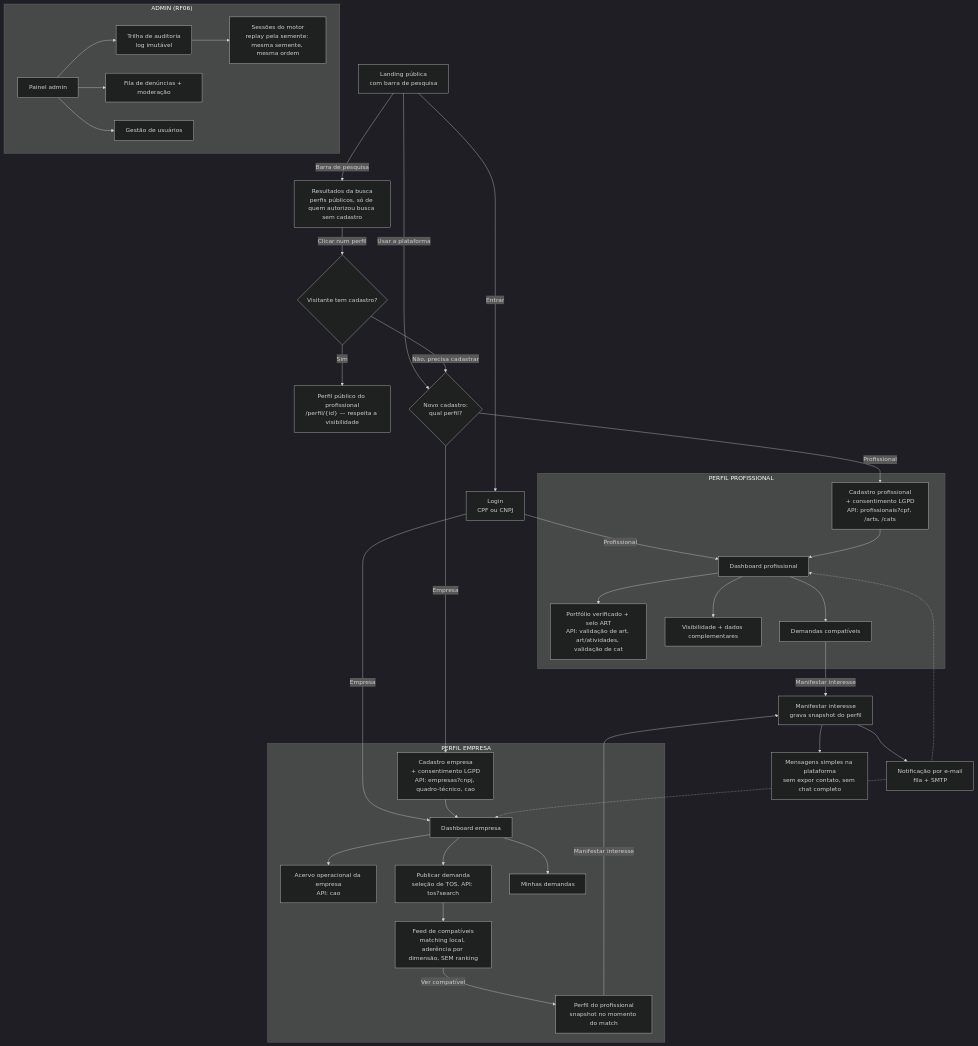
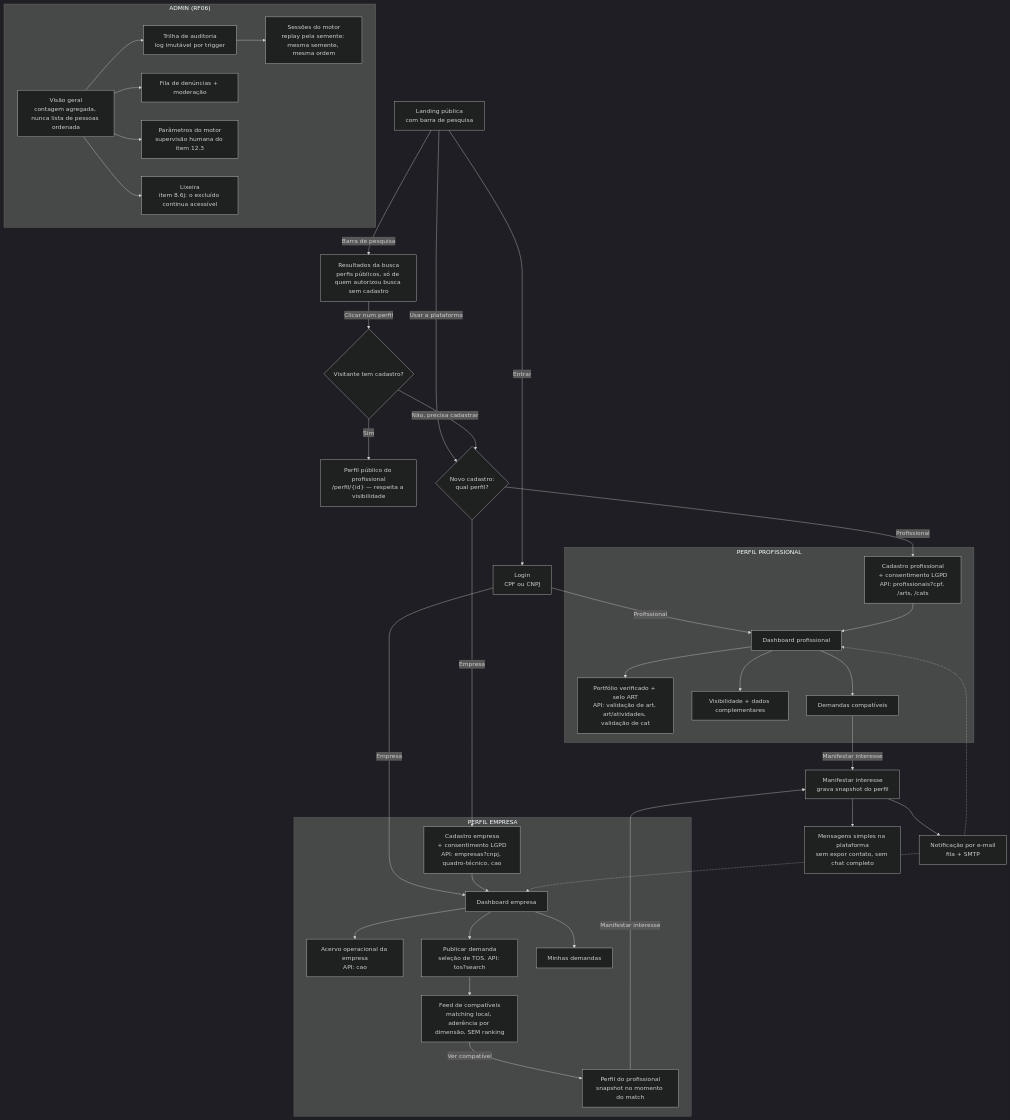
The diagram in docs/fluxos.md (gabrielcortezspr/Pro-link-4951), drawn with Mermaid (dark theme) before and after one commit. The commit also changed other lines of this file, not shown here.

Commit message:
O diagrama de fluxos passa a mostrar o painel que existe
Faltavam as duas telas novas, parâmetros e lixeira, e sobrava uma que nunca foi
construída: "Gestão de usuários". Diagrama que promete tela inexistente é pior do
que diagrama incompleto, porque quem lê planeja em cima dele.

O que a administração faz com uma conta acontece pela fila de denúncias e pela
lixeira, e isso agora está escrito embaixo dos seis cenários.

Claude-Session: https://claude.ai/code/session_012yExspuwSmu5YqupnUGxhW

````diff
--- a/docs/fluxos.md
+++ b/docs/fluxos.md
@@ -9,71 +9,73 @@
 ```mermaid
 flowchart TD
   LAND["Landing pública<br/>com barra de pesquisa"]
   RESULTS["Resultados da busca<br/>perfis públicos, só de quem autorizou busca sem cadastro"]
   GATEC{"Visitante tem cadastro?"}
   PERFC["Perfil público do profissional<br/>/perfil/{id} — respeita a visibilidade"]
   LOGIN["Login<br/>CPF ou CNPJ"]
   ESC{"Novo cadastro:<br/>qual perfil?"}
 
   LAND -->|Entrar| LOGIN
   LAND -->|Usar a plataforma| ESC
   LAND -->|Barra de pesquisa| RESULTS
   RESULTS -->|Clicar num perfil| GATEC
   GATEC -->|Sim| PERFC
   GATEC -->|Não, precisa cadastrar| ESC
   LOGIN -->|Profissional| DASHP
   LOGIN -->|Empresa| DASHE
   ESC -->|Profissional| CADP
   ESC -->|Empresa| CADE
 
   subgraph PROF["PERFIL PROFISSIONAL"]
     CADP["Cadastro profissional<br/>+ consentimento LGPD<br/>API: profissionais?cpf, /arts, /cats"]
     DASHP["Dashboard profissional"]
     PORT["Portfólio verificado + selo ART<br/>API: validação de art, art/atividades, validação de cat"]
     VISP["Visibilidade + dados complementares"]
     FEEDP["Demandas compatíveis"]
     CADP --> DASHP
     DASHP --> PORT
     DASHP --> VISP
     DASHP --> FEEDP
   end
 
   subgraph EMP["PERFIL EMPRESA"]
     CADE["Cadastro empresa<br/>+ consentimento LGPD<br/>API: empresas?cnpj, quadro-técnico, cao"]
     DASHE["Dashboard empresa"]
     PERFE["Acervo operacional da empresa<br/>API: cao"]
     PUBD["Publicar demanda<br/>seleção de TOS. API: tos?search"]
     MIND["Minhas demandas"]
     FEEDE["Feed de compatíveis<br/>matching local, aderência por dimensão, SEM ranking"]
     PERFV["Perfil do profissional<br/>snapshot no momento do match"]
     CADE --> DASHE
     DASHE --> PERFE
     DASHE --> PUBD
     DASHE --> MIND
     PUBD --> FEEDE
     FEEDE -->|Ver compatível| PERFV
   end
 
   FEEDP -->|Manifestar interesse| MANIF
   PERFV -->|Manifestar interesse| MANIF
 
   MANIF["Manifestar interesse<br/>grava snapshot do perfil"]
   COMM["Mensagens simples na plataforma<br/>sem expor contato, sem chat completo"]
   NOTIF["Notificação por e-mail<br/>fila + SMTP"]
   MANIF --> COMM
   MANIF --> NOTIF
   NOTIF -.-> DASHP
   NOTIF -.-> DASHE
 
   subgraph ADMG["ADMIN (RF06)"]
-    ADM["Painel admin"]
-    AUD["Trilha de auditoria<br/>log imutável"]
+    ADM["Visão geral<br/>contagem agregada, nunca lista de pessoas ordenada"]
+    AUD["Trilha de auditoria<br/>log imutável por trigger"]
     SESS["Sessões do motor<br/>replay pela semente: mesma semente, mesma ordem"]
     DEN["Fila de denúncias + moderação"]
-    USRG["Gestão de usuários"]
+    PARAM["Parâmetros do motor<br/>supervisão humana do item 12.3"]
+    LIX["Lixeira<br/>item 8.6j: o excluído continua acessível"]
     ADM --> AUD
     AUD --> SESS
     ADM --> DEN
-    ADM --> USRG
+    ADM --> PARAM
+    ADM --> LIX
   end
 ```
````
